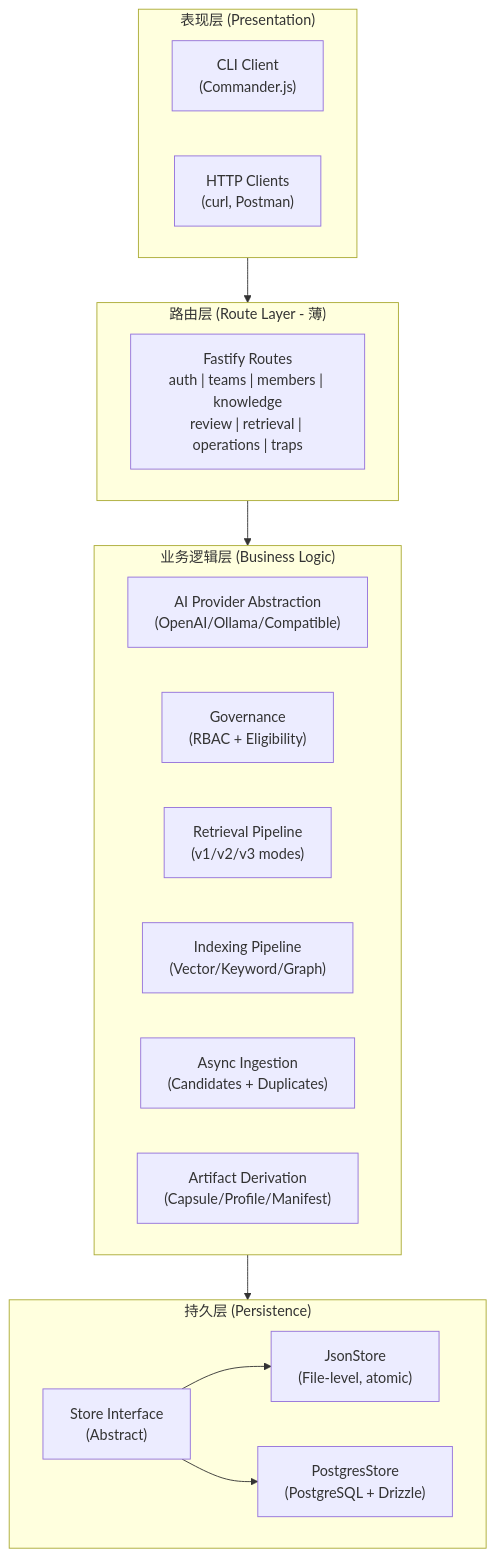
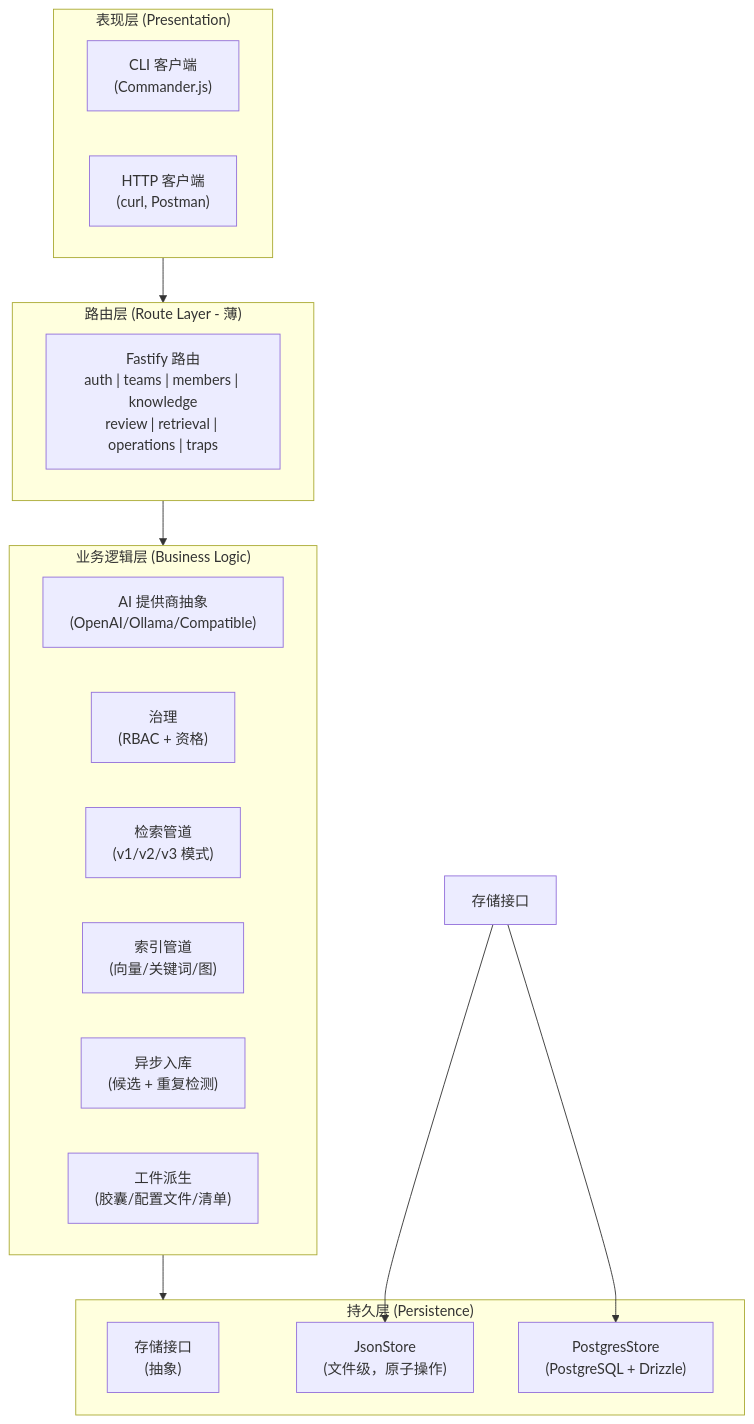
Before and after one commit to pofossette/TrapMap-for-vibing: the first of 9 diagrams in docs/architecture/ARCHITECTURE.md, drawn with Mermaid. The commit also changed other lines of this file and 31 other files, not shown here.

````diff
--- a/docs/architecture/ARCHITECTURE.md
+++ b/docs/architecture/ARCHITECTURE.md
@@ -7,32 +7,32 @@
 ```mermaid
 flowchart TB
-    subgraph Presentation["表现层 (Presentation)"]
-        CLI["CLI Client<br/>(Commander.js)"]
-        HTTP["HTTP Clients<br/>(curl, Postman)"]
+    subgraph 表现层["表现层 (Presentation)"]
+        CLI["CLI 客户端<br/>(Commander.js)"]
+        HTTP["HTTP 客户端<br/>(curl, Postman)"]
     end
 
-    subgraph Route["路由层 (Route Layer - 薄)"]
-        Routes["Fastify Routes<br/>auth | teams | members | knowledge<br/>review | retrieval | operations | traps"]
+    subgraph 路由层["路由层 (Route Layer - 薄)"]
+        Routes["Fastify 路由<br/>auth | teams | members | knowledge<br/>review | retrieval | operations | traps"]
     end
 
-    subgraph Business["业务逻辑层 (Business Logic)"]
-        AI["AI Provider Abstraction<br/>(OpenAI/Ollama/Compatible)"]
-        Gov["Governance<br/>(RBAC + Eligibility)"]
-        Ret["Retrieval Pipeline<br/>(v1/v2/v3 modes)"]
-        Idx["Indexing Pipeline<br/>(Vector/Keyword/Graph)"]
-        Ing["Async Ingestion<br/>(Candidates + Duplicates)"]
-        Art["Artifact Derivation<br/>(Capsule/Profile/Manifest)"]
+    subgraph 业务逻辑层["业务逻辑层 (Business Logic)"]
+        AI["AI 提供商抽象<br/>(OpenAI/Ollama/Compatible)"]
+        Gov["治理<br/>(RBAC + 资格)"]
+        Ret["检索管道<br/>(v1/v2/v3 模式)"]
+        Idx["索引管道<br/>(向量/关键词/图)"]
+        Ing["异步入库<br/>(候选 + 重复检测)"]
+        Art["工件派生<br/>(胶囊/配置文件/清单)"]
     end
 
-    subgraph Persistence["持久层 (Persistence)"]
-        StoreInt["Store Interface<br/>(Abstract)"]
-        JsonStore["JsonStore<br/>(File-level, atomic)"]
+    subgraph 持久层["持久层 (Persistence)"]
+        StoreInt["存储接口<br/>(抽象)"]
+        JsonStore["JsonStore<br/>(文件级，原子操作)"]
         PgStore["PostgresStore<br/>(PostgreSQL + Drizzle)"]
     end
 
-    Presentation --> Route
-    Route --> Business
-    Business --> Persistence
-    StoreInt --> JsonStore
-    StoreInt --> PgStore
+    表现层 --> 路由层
+    路由层 --> 业务逻辑层
+    业务逻辑层 --> 持久层
+    存储接口 --> JsonStore
+    存储接口 --> PgStore
 ```
````
